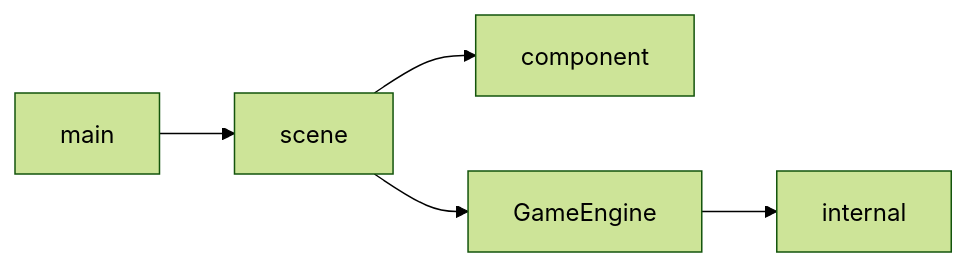
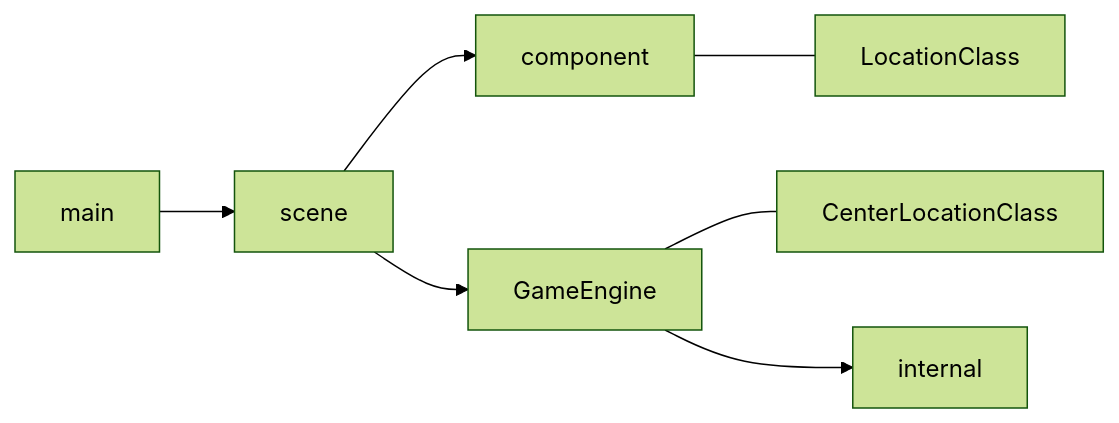
Before and after one commit to Mattya3/ProjectShooting: the second of 4 diagrams in diagrams.md, drawn with Mermaid (forest theme). The commit also changed other lines of this file and 24 other files, not shown here.

First line of the commit message:
!! Add GameEngine many Files

````diff
--- a/diagrams.md
+++ b/diagrams.md
@@ -18,7 +16,9 @@
 ```mermaid
 graph LR;
     main-->scene
     scene-->component  
+    component---LocationClass
     scene-->GameEngine
+    GameEngine---CenterLocationClass
     GameEngine-->internal
 ```
````
